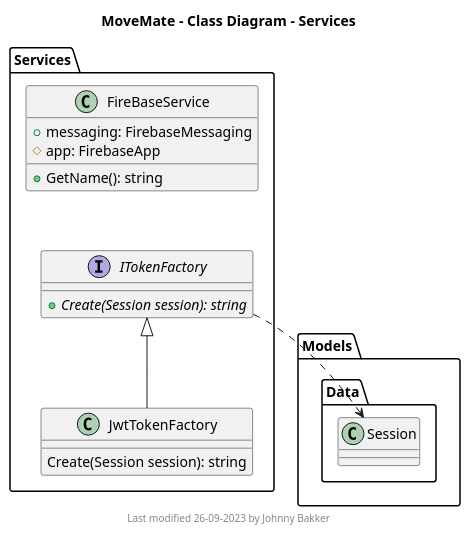
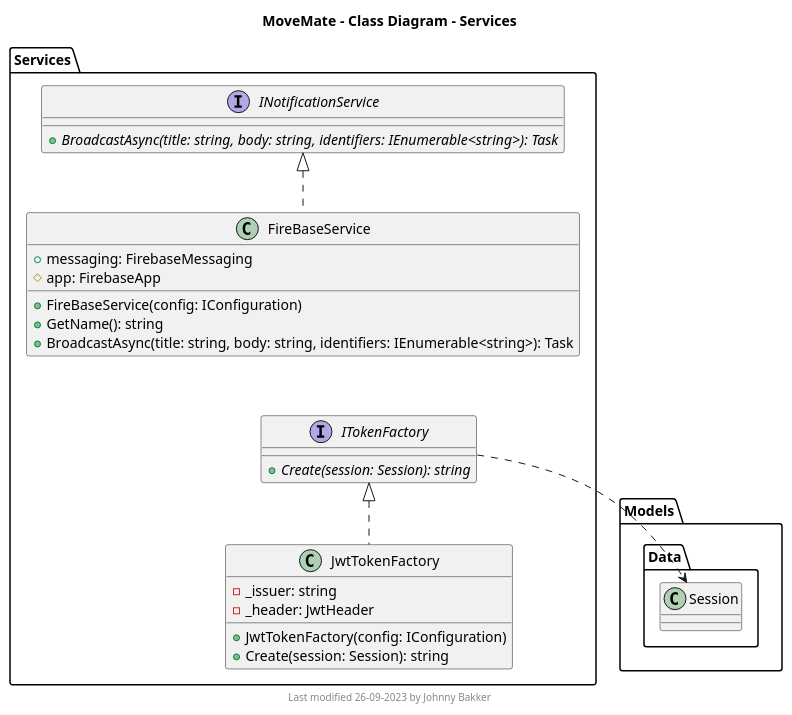
One commit to johnnybakker/MoveMateWebApi changed the diagram in Diagrams/ClassDiagram-Services.puml. Above: the diagram before and after it, drawn with PlantUML. The commit also changed 4 other files, not shown here.

Commit message:
updated diagrams

```diff
--- a/Diagrams/ClassDiagram-Services.puml
+++ b/Diagrams/ClassDiagram-Services.puml
@@ -1,28 +1,41 @@
 @startuml Class Diagram Services
 
 	title MoveMate - Class Diagram - Services
 	footer Last modified 26-09-2023 by Johnny Bakker
 
 	namespace Services {
+
 		class FireBaseService {
 			+messaging: FirebaseMessaging
 			#app: FirebaseApp
+			+FireBaseService(config: IConfiguration)
 			+GetName(): string
+			+BroadcastAsync(title: string, body: string, identifiers: IEnumerable<string>): Task
 		}
+
+		interface INotificationService {
+			+{abstract} BroadcastAsync(title: string, body: string, identifiers: IEnumerable<string>): Task
+		}
+
+		INotificationService <|.. FireBaseService
 
 		
 		
 		interface ITokenFactory {
-			+{abstract} Create(Session session): string
+			+{abstract} Create(session: Session): string
 		}
 
 		class JwtTokenFactory {
-			Create(Session session): string
+			-_issuer: string
+    		-_header: JwtHeader
+	
+    		+JwtTokenFactory(config: IConfiguration)
+			+Create(session: Session): string
 		}
 	}
 
 	Services.FireBaseService -[hidden]- Services.ITokenFactory
 
-	Services.ITokenFactory <|-- Services.JwtTokenFactory
+	Services.ITokenFactory <|.. Services.JwtTokenFactory
 	Services.ITokenFactory ..> Models.Data.Session
 @enduml
```
